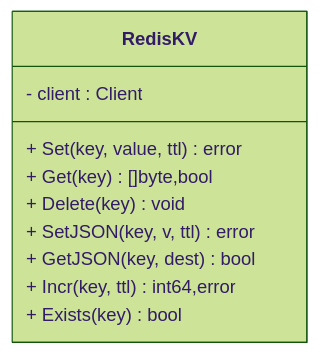
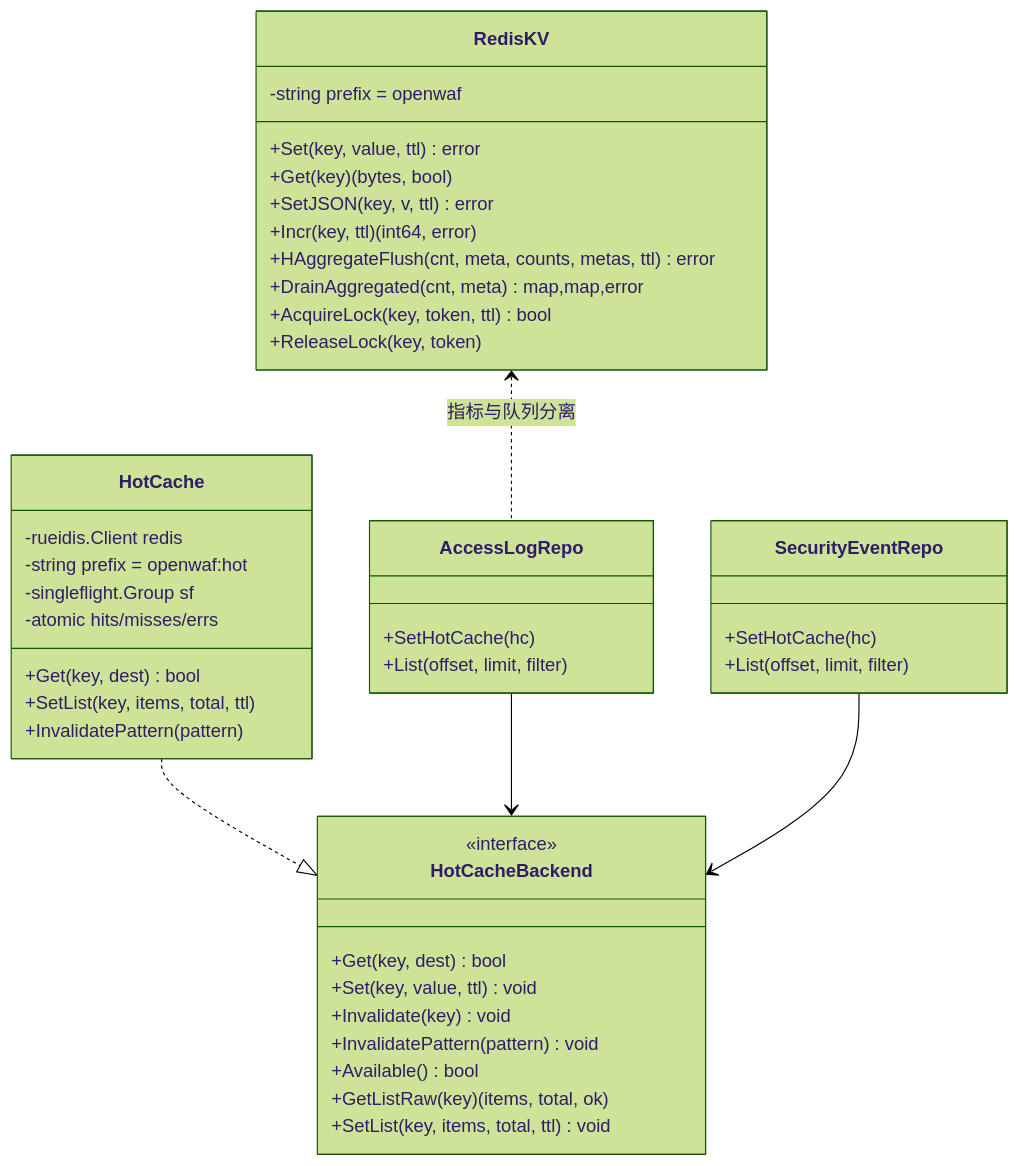
Before and after one commit to x01n/My-OpenWaf: the fourth of 6 diagrams in docs/数据存储层/Redis 集成.md, drawn with Mermaid (forest theme). The commit also changed other lines of this file and 622 other files, not shown here.

````diff
--- a/docs/数据存储层/Redis 集成.md
+++ b/docs/数据存储层/Redis 集成.md
@@ -180,13 +439,45 @@
 ```mermaid
 classDiagram
+class HotCacheBackend {
+<<interface>>
++Get(key, dest) bool
++Set(key, value, ttl) void
++Invalidate(key) void
++InvalidatePattern(pattern) void
++Available() bool
++GetListRaw(key) (items, total, ok)
++SetList(key, items, total, ttl) void
+}
+class HotCache {
+-rueidis.Client redis
+-string prefix = openwaf:hot
+-singleflight.Group sf
+-atomic hits/misses/errs
++Get(key, dest) bool
++SetList(key, items, total, ttl)
++InvalidatePattern(pattern)
+}
 class RedisKV {
-- client : Client
-+ Set(key, value, ttl) error
-+ Get(key) []byte,bool
-+ Delete(key) void
-+ SetJSON(key, v, ttl) error
-+ GetJSON(key, dest) bool
-+ Incr(key, ttl) int64,error
-+ Exists(key) bool
+-string prefix = openwaf
++Set(key, value, ttl) error
++Get(key) (bytes, bool)
++SetJSON(key, v, ttl) error
++Incr(key, ttl) (int64, error)
++HAggregateFlush(cnt, meta, counts, metas, ttl) error
++DrainAggregated(cnt, meta) map,map,error
++AcquireLock(key, token, ttl) bool
++ReleaseLock(key, token)
 }
+class AccessLogRepo {
++SetHotCache(hc)
++List(offset, limit, filter)
+}
+class SecurityEventRepo {
++SetHotCache(hc)
++List(offset, limit, filter)
+}
+HotCache ..|> HotCacheBackend
+AccessLogRepo --> HotCacheBackend
+SecurityEventRepo --> HotCacheBackend
+RedisKV <.. AccessLogRepo : 指标与队列分离
 ```
````
